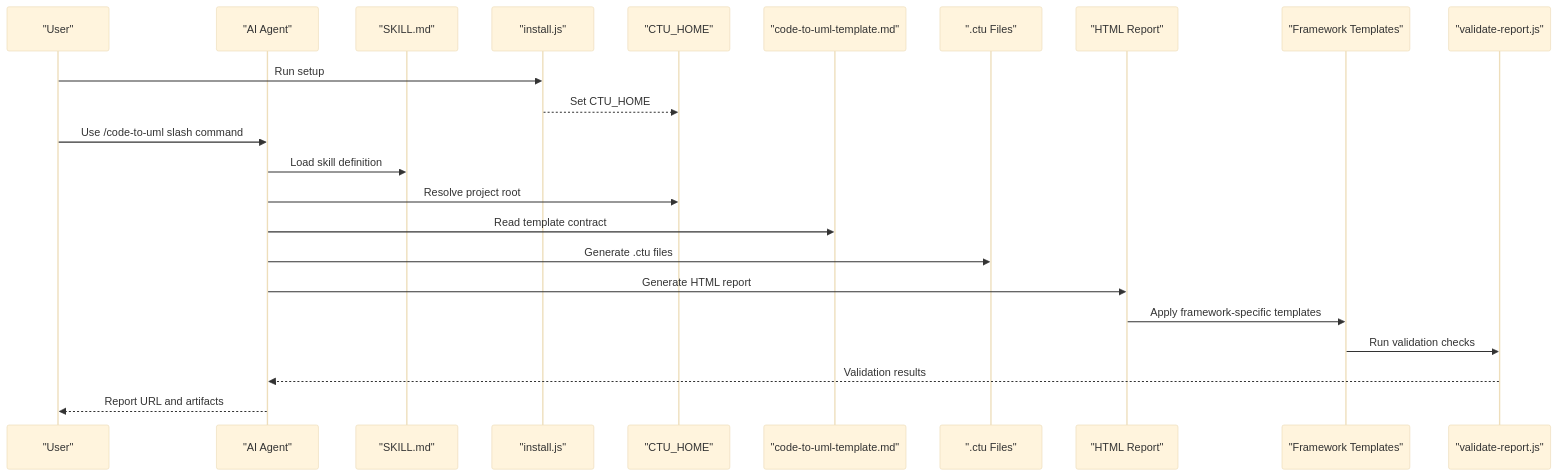
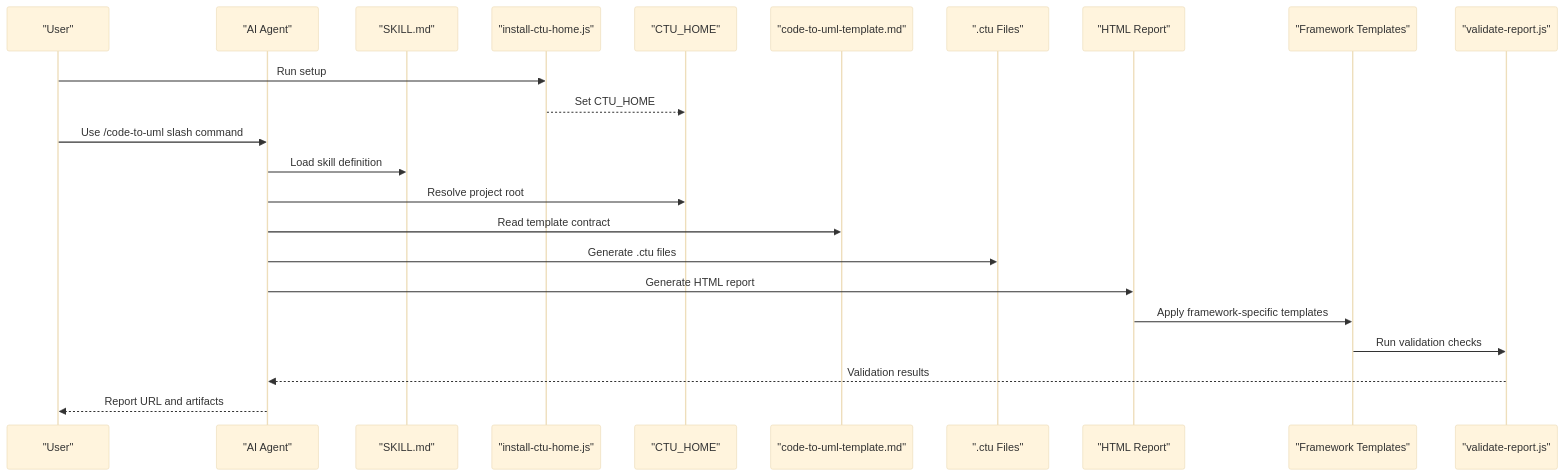
Before and after one commit to pingwurth/code-to-uml: the second of 8 diagrams in .qoder/repowiki/en/content/AI Agent Integration/AI Agent Integration.md, drawn with Mermaid (base theme). The commit also changed other lines of this file and 21 other files, not shown here.

Commit message:
chore(docs): 删除 Code-To-UML 介绍文档

````diff
--- a/.qoder/repowiki/en/content/AI Agent Integration/AI Agent Integration.md
+++ b/.qoder/repowiki/en/content/AI Agent Integration/AI Agent Integration.md
@@ -148,25 +152,25 @@
 ```mermaid
 sequenceDiagram
 participant User as "User"
 participant Agent as "AI Agent"
 participant Skill as "SKILL.md"
-participant Installer as "install.js"
+participant Installer as "install-ctu-home.js"
 participant Env as "CTU_HOME"
 participant Template as "code-to-uml-template.md"
 participant Data as ".ctu Files"
 participant HTML as "HTML Report"
 participant Framework as "Framework Templates"
 participant Validator as "validate-report.js"
 User->>Installer : Run setup
 Installer-->>Env : Set CTU_HOME
 User->>Agent : Use /code-to-uml slash command
 Agent->>Skill : Load skill definition
 Agent->>Env : Resolve project root
 Agent->>Template : Read template contract
 Agent->>Data : Generate .ctu files
 Agent->>HTML : Generate HTML report
 HTML->>Framework : Apply framework-specific templates
 Framework->>Validator : Run validation checks
 Validator-->>Agent : Validation results
 Agent-->>User : Report URL and artifacts
 ```
````
